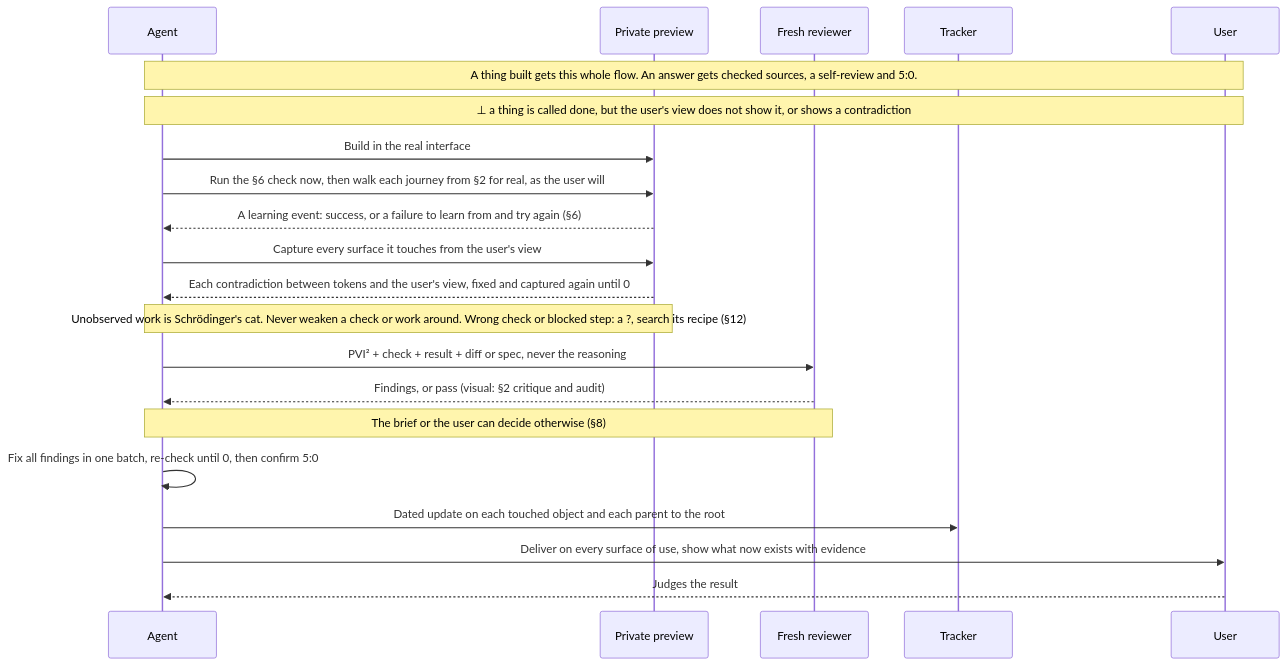
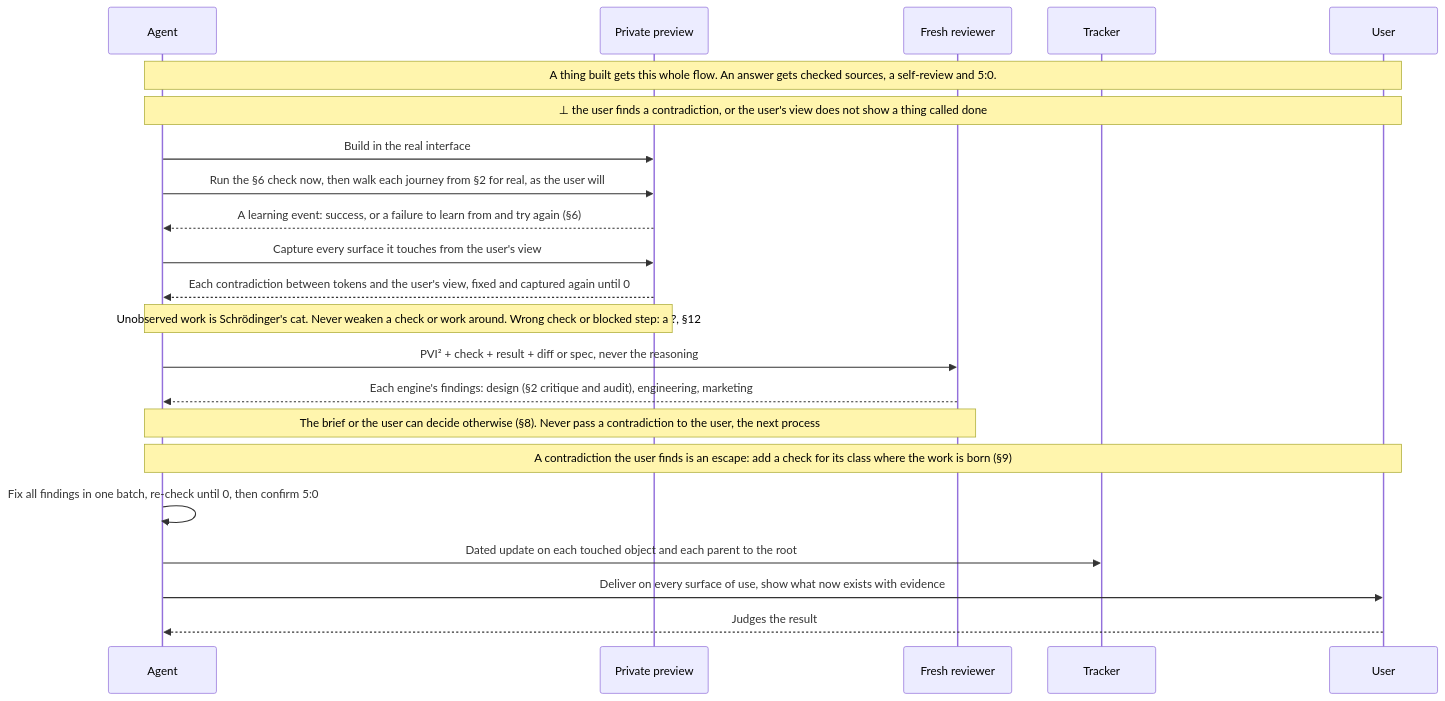
One commit to SolenixAI/arbiter changed diagram 11 of 14 in AGENTS.md. Above: the diagram before and after it, drawn with Mermaid. The commit also changed other lines of this file and 1 other file, not shown here.

First line of the commit message:
feat(agents): ~!correct, no contradiction reaches the user, every ⊥ tests false before done (#51)

````diff
--- a/AGENTS.md
+++ b/AGENTS.md
@@ -528,23 +538,24 @@
 ```mermaid
 sequenceDiagram
   participant A as Agent
   participant P as Private preview
   participant R as Fresh reviewer
   participant T as Tracker
   participant U as User
   Note over A,U: A thing built gets this whole flow. An answer gets checked sources, a self-review and 5:0.
-  Note over A,U: ⊥ a thing is called done, but the user's view does not show it, or shows a contradiction
+  Note over A,U: ⊥ the user finds a contradiction, or the user's view does not show a thing called done
   A->>P: Build in the real interface
   A->>P: Run the §6 check now, then walk each journey from §2 for real, as the user will
   P-->>A: A learning event: success, or a failure to learn from and try again (§6)
   A->>P: Capture every surface it touches from the user's view
   P-->>A: Each contradiction between tokens and the user's view, fixed and captured again until 0
-  Note over A,P: Unobserved work is Schrödinger's cat. Never weaken a check or work around. Wrong check or blocked step: a ?, search its recipe (§12)
+  Note over A,P: Unobserved work is Schrödinger's cat. Never weaken a check or work around. Wrong check or blocked step: a ?, §12
   A->>R: PVI² + check + result + diff or spec, never the reasoning
-  R-->>A: Findings, or pass (visual: §2 critique and audit)
-  Note over A,R: The brief or the user can decide otherwise (§8)
+  R-->>A: Each engine's findings: design (§2 critique and audit), engineering, marketing
+  Note over A,R: The brief or the user can decide otherwise (§8). Never pass a contradiction to the user, the next process
+  Note over A,U: A contradiction the user finds is an escape: add a check for its class where the work is born (§9)
   A->>A: Fix all findings in one batch, re-check until 0, then confirm 5:0
   A->>T: Dated update on each touched object and each parent to the root
   A->>U: Deliver on every surface of use, show what now exists with evidence
   U-->>A: Judges the result
 ```
````
